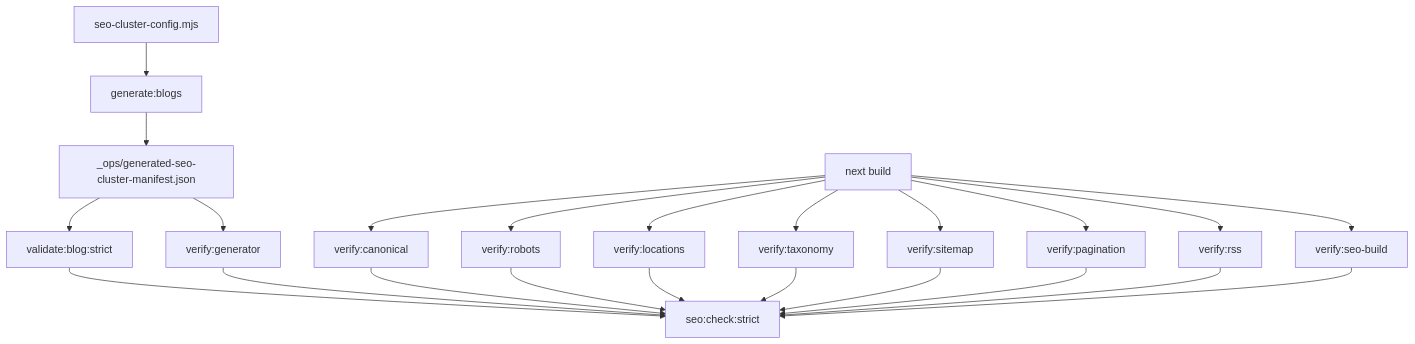
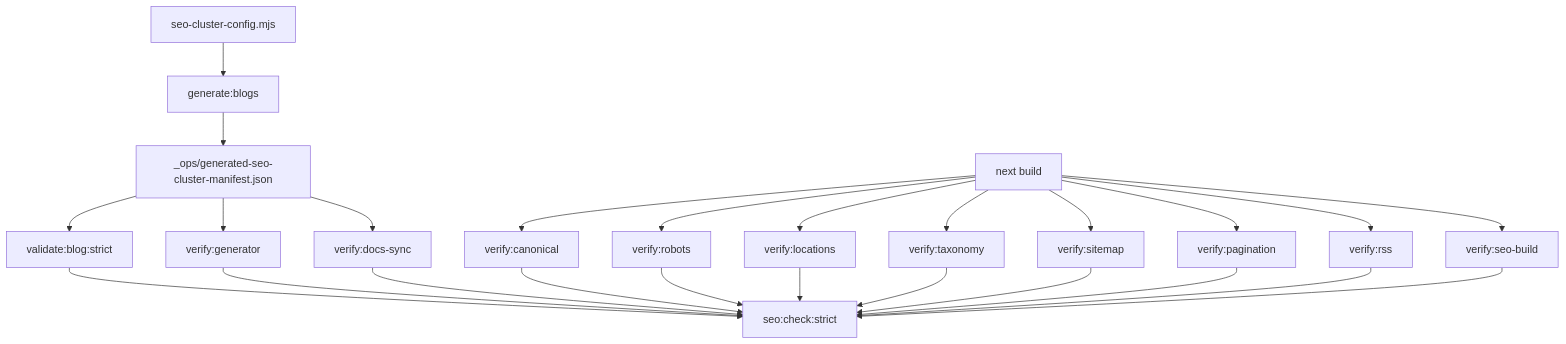
One commit to AmanVatsSharma/Gajanan-Maharaj-Sansthan changed the diagram in scripts/MODULE_DOC.md. Above: the diagram before and after it, drawn with Mermaid. The commit also changed other lines of this file and 6 other files, not shown here.

Commit message:
Add SEO docs-sync verifier to strict quality gate

````diff
--- a/scripts/MODULE_DOC.md
+++ b/scripts/MODULE_DOC.md
@@ -31,25 +32,27 @@
 ```mermaid
 flowchart TD
   cfg[seo-cluster-config.mjs] --> gen[generate:blogs]
   gen --> manifest[_ops/generated-seo-cluster-manifest.json]
   manifest --> verifyGen[verify:generator]
+  manifest --> verifyDocs[verify:docs-sync]
   manifest --> validate[validate:blog:strict]
   validate --> seoCheck[seo:check:strict]
   verifyGen --> seoCheck
+  verifyDocs --> seoCheck
   build[next build] --> verifyCanon[verify:canonical]
   build --> verifyRobots[verify:robots]
   build --> verifyLocations[verify:locations]
   build --> verifyTaxonomy[verify:taxonomy]
   build --> verifySitemap[verify:sitemap]
   build --> verifyPagination[verify:pagination]
   build --> verifyRss[verify:rss]
   build --> verifySeoBuild[verify:seo-build]
   verifyCanon --> seoCheck
   verifyRobots --> seoCheck
   verifyLocations --> seoCheck
   verifyTaxonomy --> seoCheck
   verifySitemap --> seoCheck
   verifyPagination --> seoCheck
   verifyRss --> seoCheck
   verifySeoBuild --> seoCheck
 ```
````
